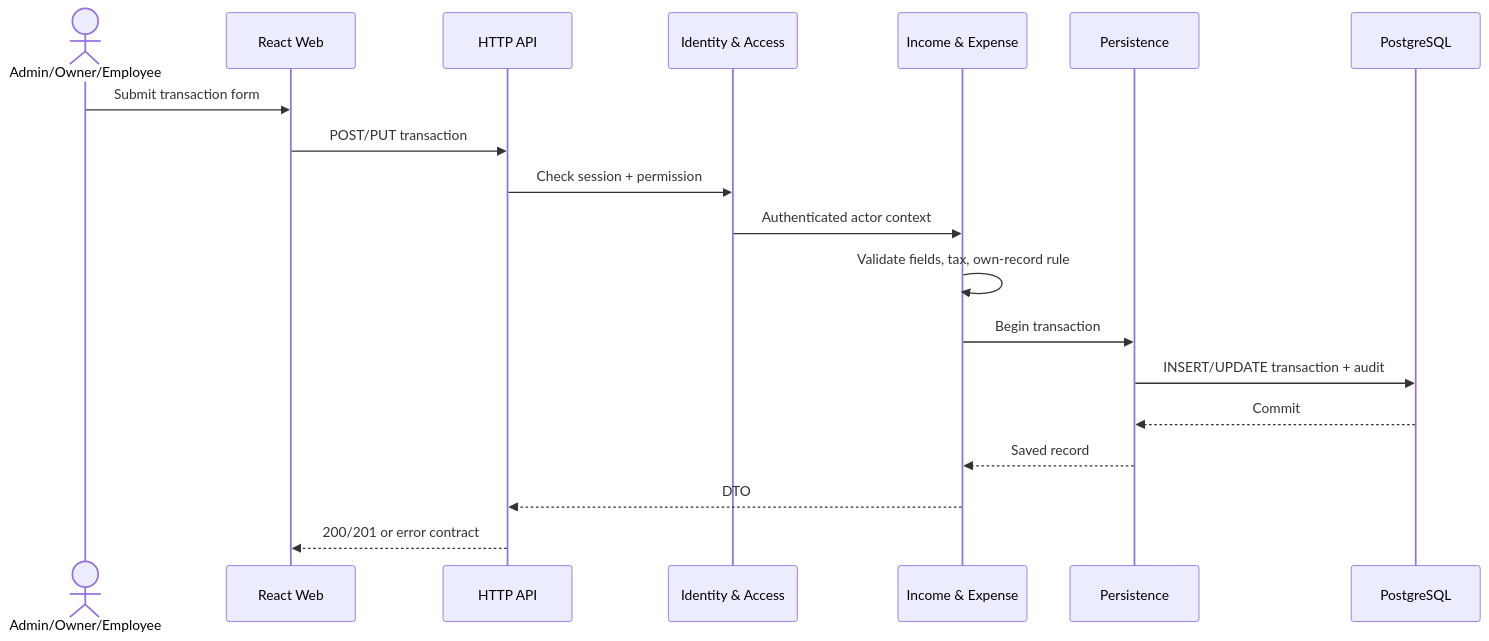
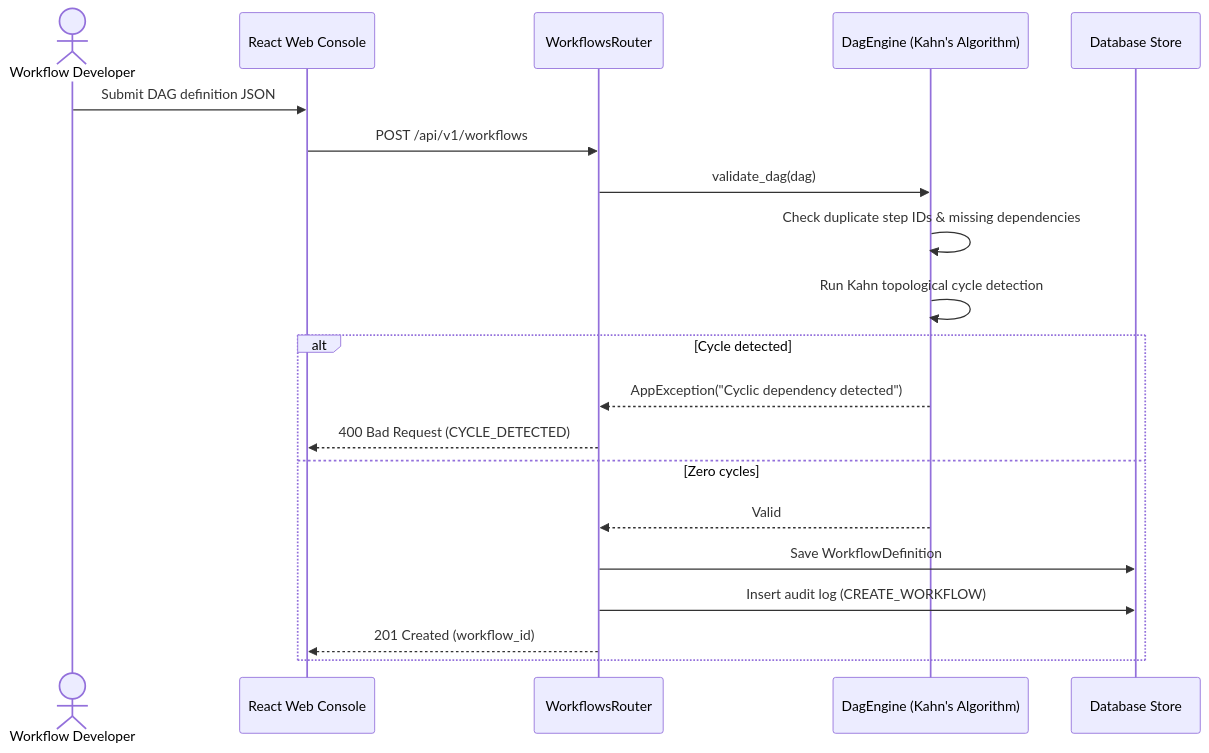
Before and after one commit to AnCoder1310/FlowForge: the second of 4 diagrams in docs/architecture/arc42/06-runtime-view.md, drawn with Mermaid. The commit also changed other lines of this file and 25 other files, not shown here.

Commit message:
feat: complete FlowForge DWOP OpenAPI 3.1, Arc42 architecture, and Developer Console branding

````diff
--- a/docs/architecture/arc42/06-runtime-view.md
+++ b/docs/architecture/arc42/06-runtime-view.md
@@ -29,21 +28,22 @@
 ```mermaid
 sequenceDiagram
-    actor U as Admin/Owner/Employee
-    participant W as React Web
-    participant A as HTTP API
-    participant I as Identity & Access
-    participant L as Income & Expense
-    participant R as Persistence
-    participant D as PostgreSQL
-    U->>W: Submit transaction form
-    W->>A: POST/PUT transaction
-    A->>I: Check session + permission
-    I->>L: Authenticated actor context
-    L->>L: Validate fields, tax, own-record rule
-    L->>R: Begin transaction
-    R->>D: INSERT/UPDATE transaction + audit
-    D-->>R: Commit
-    R-->>L: Saved record
-    L-->>A: DTO
-    A-->>W: 200/201 or error contract
+    actor Dev as Workflow Developer
+    participant W as React Web Console
+    participant A as WorkflowsRouter
+    participant E as DagEngine (Kahn's Algorithm)
+    participant D as Database Store
+    Dev->>W: Submit DAG definition JSON
+    W->>A: POST /api/v1/workflows
+    A->>E: validate_dag(dag)
+    E->>E: Check duplicate step IDs & missing dependencies
+    E->>E: Run Kahn topological cycle detection
+    alt Cycle detected
+        E-->>A: AppException("Cyclic dependency detected")
+        A-->>W: 400 Bad Request (CYCLE_DETECTED)
+    else Zero cycles
+        E-->>A: Valid
+        A->>D: Save WorkflowDefinition
+        A->>D: Insert audit log (CREATE_WORKFLOW)
+        A-->>W: 201 Created (workflow_id)
+    end
 ```
````
